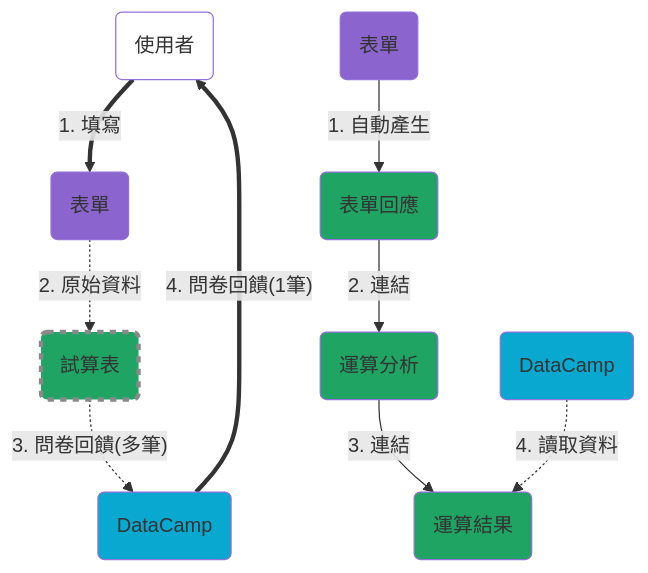
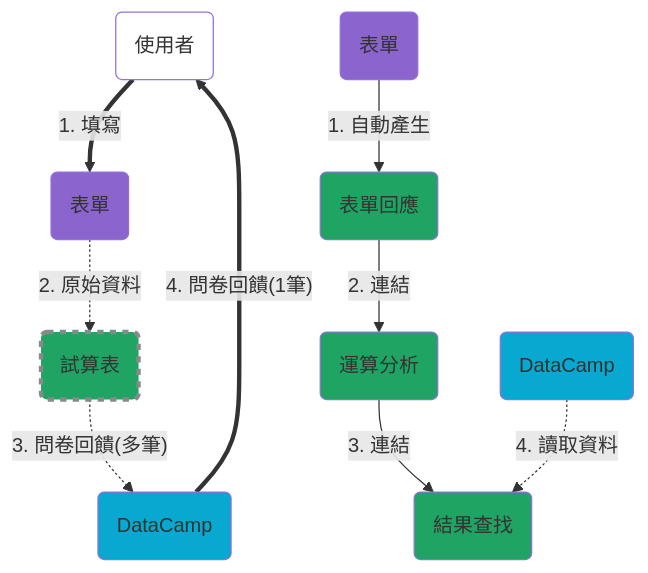
Before and after one commit to rlads2017G1/old-blog: the diagram in _posts/2018-04-20-gsheet_survey.md, drawn with Mermaid. The commit also changed other lines of this file and 2 other files, not shown here.

```diff
--- a/_posts/2018-04-20-gsheet_survey.md
+++ b/_posts/2018-04-20-gsheet_survey.md
@@ -23,23 +23,23 @@
 <div class="mermaid">
 graph TD;
 	user("使用者") ==>|"1. 填寫"| Form("表單");
 	Form -.->|"2. 原始資料"|sheet("試算表");
 	sheet -.->|"3. 問卷回饋(多筆)"|dc;
 	dc("DataCamp") ==>|"4. 問卷回饋(1筆)"| user;
 
 	style Form fill:#8b64ce;
 	style dc fill:#08A8D0;
 	style user fill:#FFFFFF;
 	style sheet fill:#1FA463, stroke:#898989,stroke-width:3.5px,stroke-dasharray: 5, 5;
 	
 	Form2("表單") -->|"1. 自動產生"|sheet1("表單回應");
 	sheet1 -->|"2. 連結"|sheet2("運算分析");
-	sheet2  -->|"3. 連結"|sheet3("運算結果");
+	sheet2  -->|"3. 連結"|sheet3("結果查找");
 	dc2("DataCamp") -.->|"4. 讀取資料"|sheet3;
 	
 	style sheet1 fill:#1FA463;
 	style sheet2 fill:#1FA463;
 	style sheet3 fill:#1FA463;
 	style Form2 fill:#8b64ce;
 	style dc2 fill:#08A8D0;
 </div>
```
